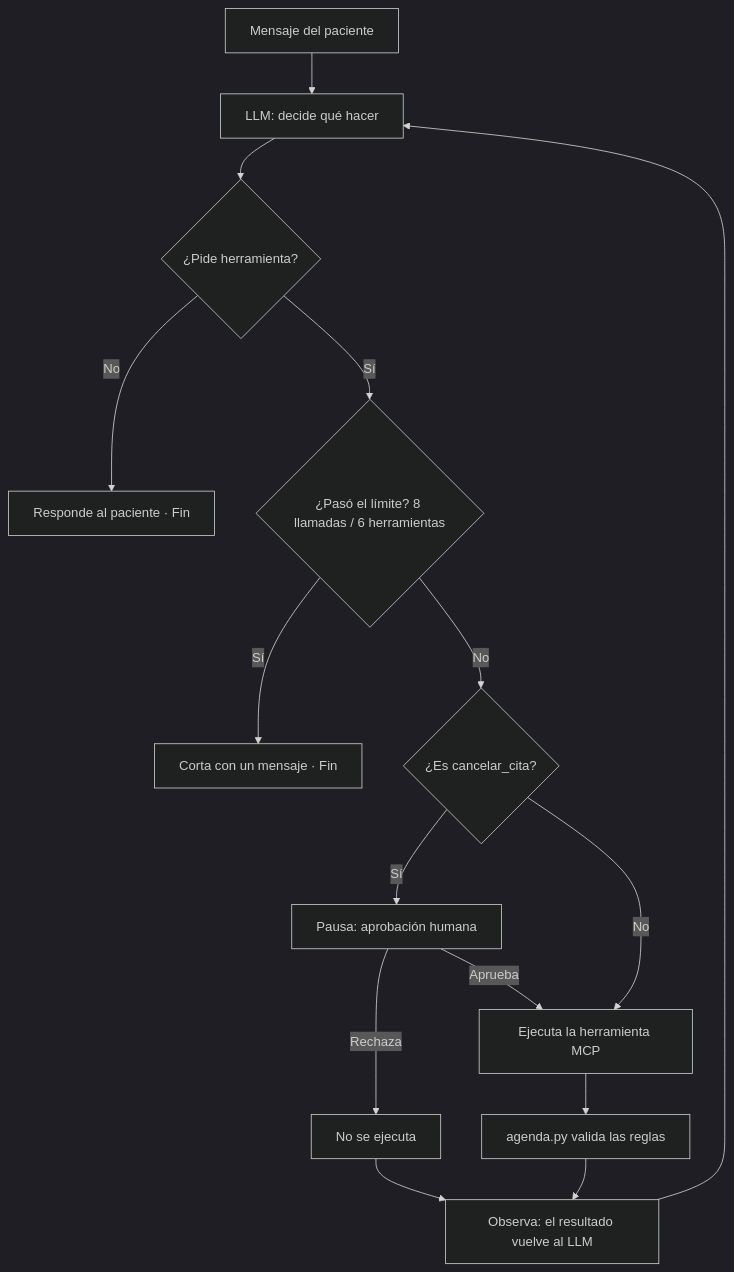
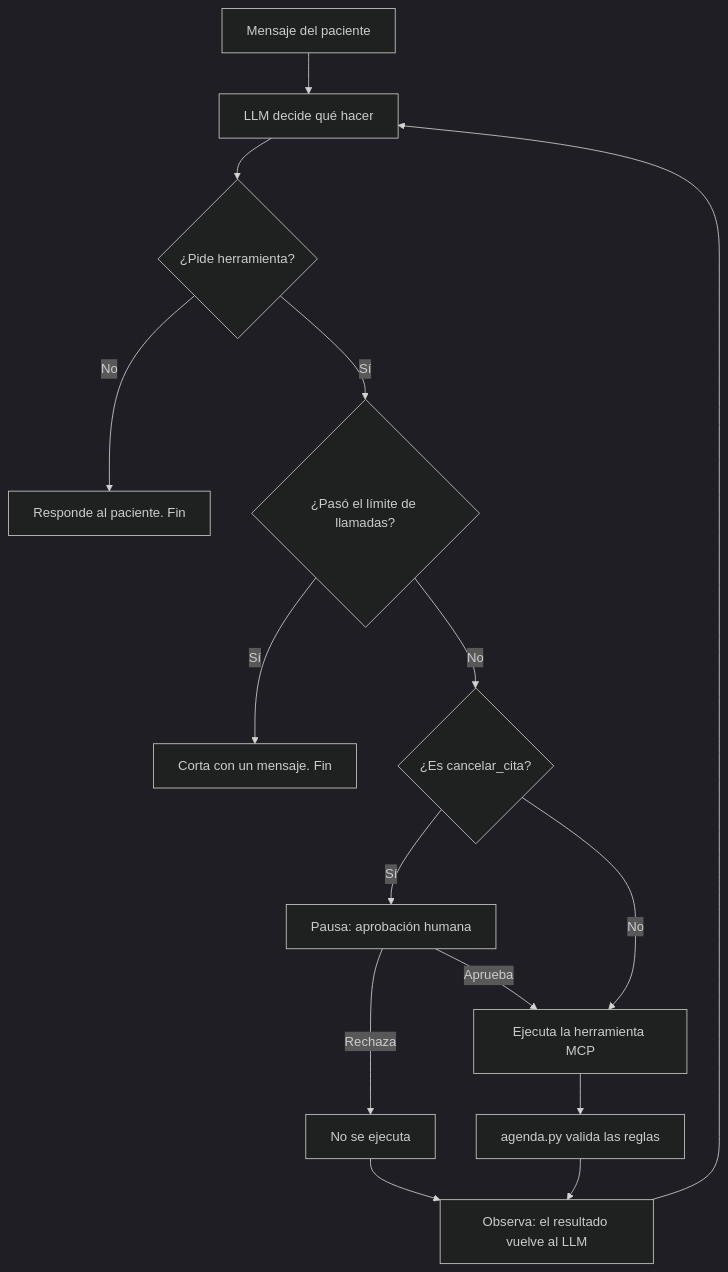
One commit to 22042001/agente-citas-dental changed the diagram in README.md. Above: the diagram before and after it, drawn with Mermaid (dark theme).

````diff
--- a/README.md
+++ b/README.md
@@ -34,17 +34,17 @@
 ```mermaid
 flowchart TD
-    A[Mensaje del paciente] --> B[LLM: decide qué hacer]
-    B --> C{¿Pide herramienta?}
-    C -- No --> D[Responde al paciente · Fin]
-    C -- Sí --> E{¿Pasó el límite? 8 llamadas / 6 herramientas}
-    E -- Sí --> F[Corta con un mensaje · Fin]
-    E -- No --> G{¿Es cancelar_cita?}
-    G -- Sí --> H[Pausa: aprobación humana]
-    H -- Rechaza --> I[No se ejecuta]
-    H -- Aprueba --> J[Ejecuta la herramienta MCP]
-    G -- No --> J
-    J --> K[agenda.py valida las reglas]
-    K --> L[Observa: el resultado vuelve al LLM]
+    A["Mensaje del paciente"] --> B["LLM decide qué hacer"]
+    B --> C{"¿Pide herramienta?"}
+    C -->|No| D["Responde al paciente. Fin"]
+    C -->|Sí| E{"¿Pasó el límite de llamadas?"}
+    E -->|Sí| F["Corta con un mensaje. Fin"]
+    E -->|No| G{"¿Es cancelar_cita?"}
+    G -->|Sí| H["Pausa: aprobación humana"]
+    H -->|Rechaza| I["No se ejecuta"]
+    H -->|Aprueba| J["Ejecuta la herramienta MCP"]
+    G -->|No| J
+    J --> K["agenda.py valida las reglas"]
+    K --> L["Observa: el resultado vuelve al LLM"]
     I --> L
     L --> B
 ```
````
